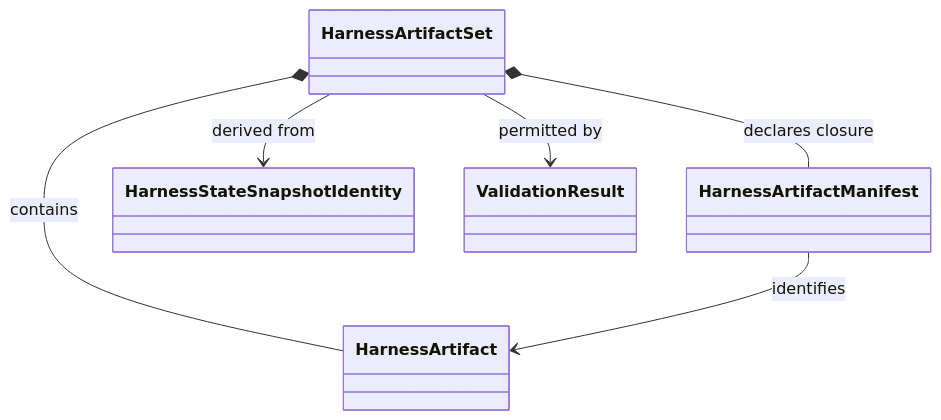
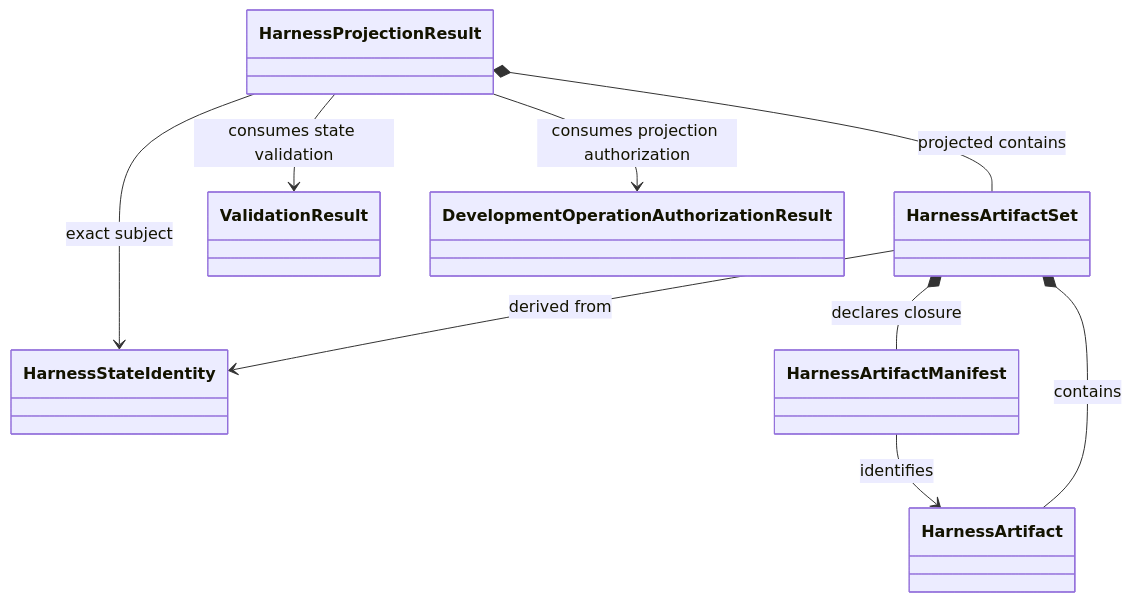
One commit to eragasa/ksdft2effmass changed the fifth of 6 diagrams in docs/architecture/v2/harness/compiler-architecture.md. Above: the diagram before and after it, drawn with Mermaid. The commit also changed other lines of this file and 80 other files, not shown here.

Commit message:
docs: reconcile architecture v2

````diff
--- a/docs/architecture/v2/harness/compiler-architecture.md
+++ b/docs/architecture/v2/harness/compiler-architecture.md
@@ -178,14 +219,19 @@
 ```mermaid
 classDiagram
+    class HarnessProjectionResult
     class HarnessArtifactSet
     class HarnessArtifactManifest
     class HarnessArtifact
-    class HarnessStateSnapshotIdentity
+    class HarnessStateIdentity
     class ValidationResult
+    class DevelopmentOperationAuthorizationResult
 
-    HarnessArtifactSet --> HarnessStateSnapshotIdentity : derived from
-    HarnessArtifactSet --> ValidationResult : permitted by
+    HarnessProjectionResult --> HarnessStateIdentity : exact subject
+    HarnessProjectionResult --> ValidationResult : consumes state validation
+    HarnessProjectionResult --> DevelopmentOperationAuthorizationResult : consumes projection authorization
+    HarnessProjectionResult *-- HarnessArtifactSet : projected contains
+    HarnessArtifactSet --> HarnessStateIdentity : derived from
     HarnessArtifactSet *-- HarnessArtifactManifest : declares closure
     HarnessArtifactSet *-- HarnessArtifact : contains
     HarnessArtifactManifest --> HarnessArtifact : identifies
 ```
````
